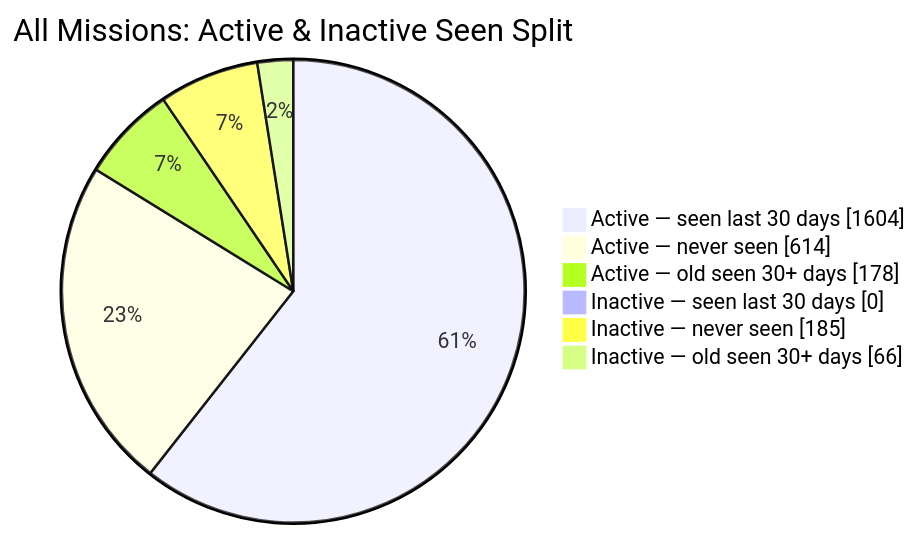
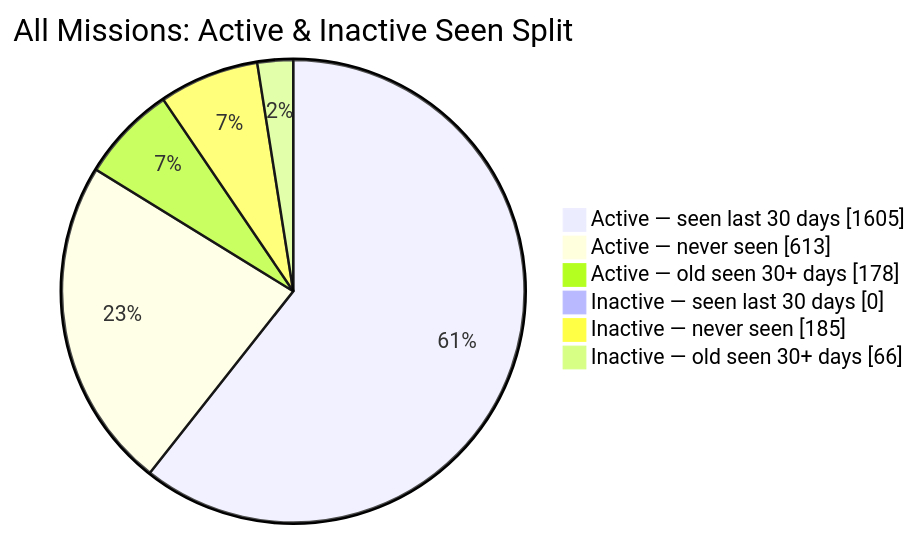
One commit to MeldkamerspelGameTeam/active-missions changed the second of 2 diagrams in README.md. Above: the diagram before and after it, drawn with Mermaid. The commit also changed other lines of this file and 3 other files, not shown here.

````diff
--- a/README.md
+++ b/README.md
@@ -44,10 +44,10 @@
 ```mermaid
 pie showData
     title All Missions: Active & Inactive Seen Split
-    "Active — seen last 30 days" : 1604
-    "Active — never seen" : 614
+    "Active — seen last 30 days" : 1605
+    "Active — never seen" : 613
     "Active — old seen 30+ days" : 178
     "Inactive — seen last 30 days" : 0
     "Inactive — never seen" : 185
     "Inactive — old seen 30+ days" : 66
 ```
````
